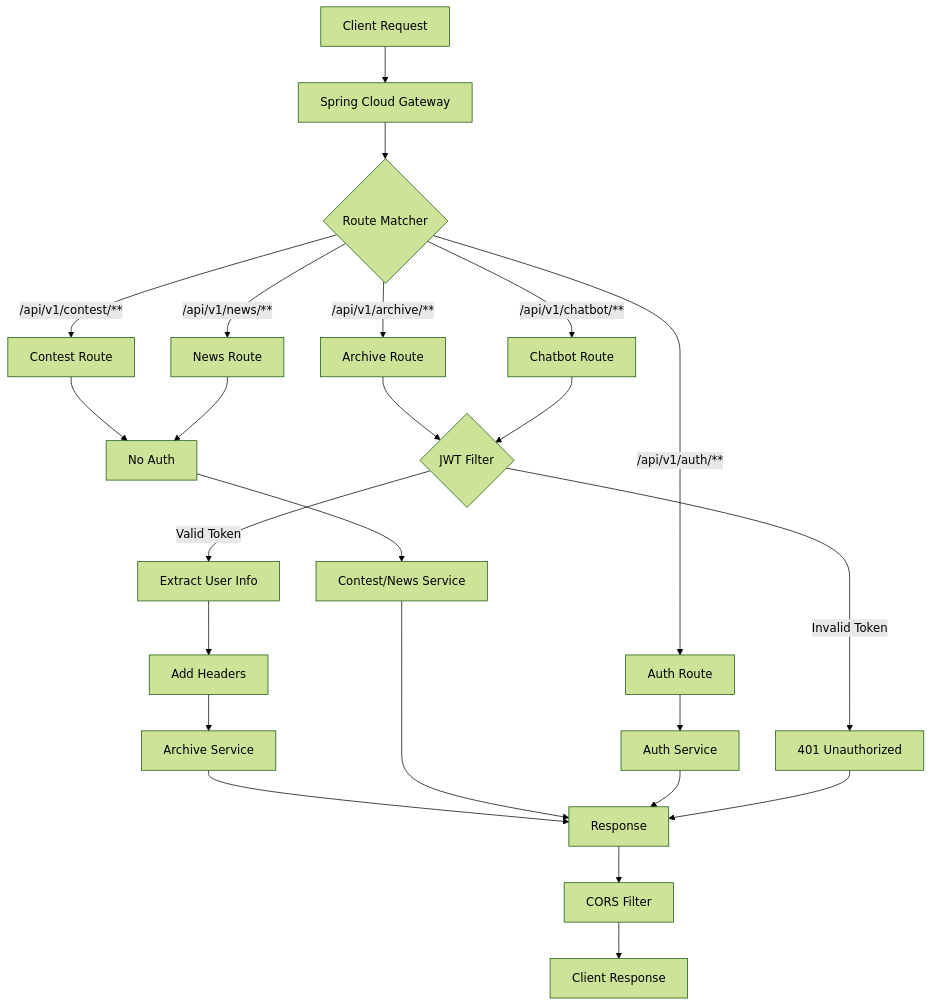
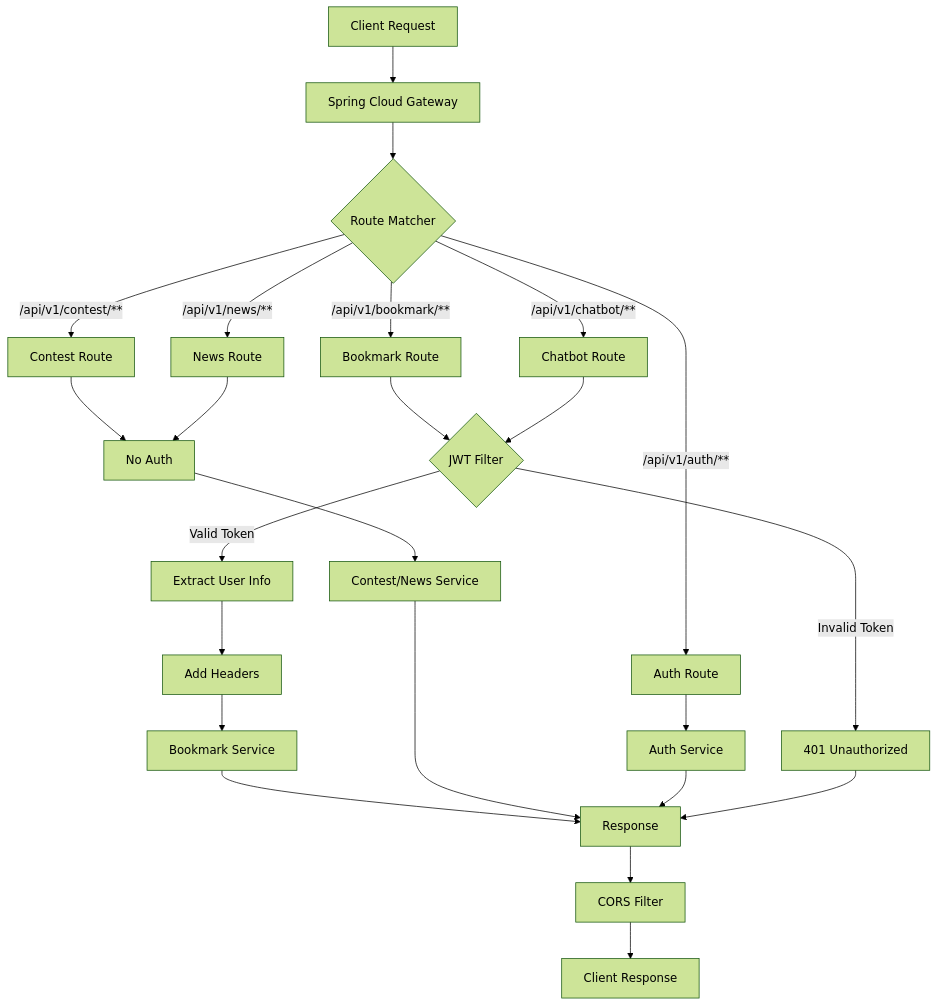
Before and after one commit to thswlsqls/tech-n-ai: the second of 6 diagrams in docs/step14/gateway-design.md, drawn with Mermaid (forest theme). The commit also changed other lines of this file and 68 other files, not shown here.

````diff
--- a/docs/step14/gateway-design.md
+++ b/docs/step14/gateway-design.md
@@ -166,30 +166,30 @@
 ```mermaid
 graph TB
     A[Client Request] --> B[Spring Cloud Gateway]
     B --> C{Route Matcher}
     C -->|/api/v1/auth/**| D[Auth Route]
-    C -->|/api/v1/archive/**| E[Archive Route]
+    C -->|/api/v1/bookmark/**| E[Bookmark Route]
     C -->|/api/v1/contest/**| F[Contest Route]
     C -->|/api/v1/news/**| G[News Route]
     C -->|/api/v1/chatbot/**| H[Chatbot Route]
     
     D --> I[Auth Service]
     
     E --> J{JWT Filter}
     F --> K[No Auth]
     G --> K
     H --> J
     
     J -->|Valid Token| L[Extract User Info]
     J -->|Invalid Token| M[401 Unauthorized]
     L --> N[Add Headers]
-    N --> O[Archive Service]
+    N --> O[Bookmark Service]
     K --> P[Contest/News Service]
     
     O --> Q[Response]
     P --> Q
     I --> Q
     M --> Q
     Q --> R[CORS Filter]
     R --> S[Client Response]
 ```
````
